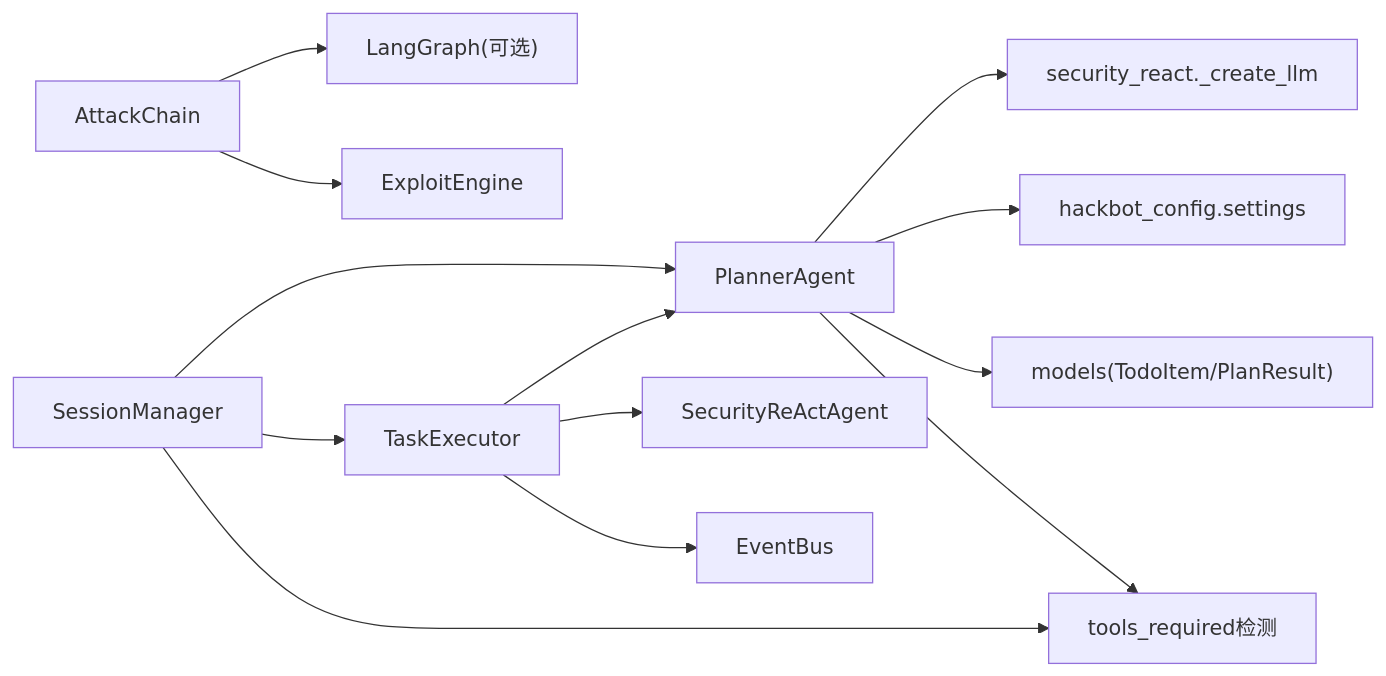
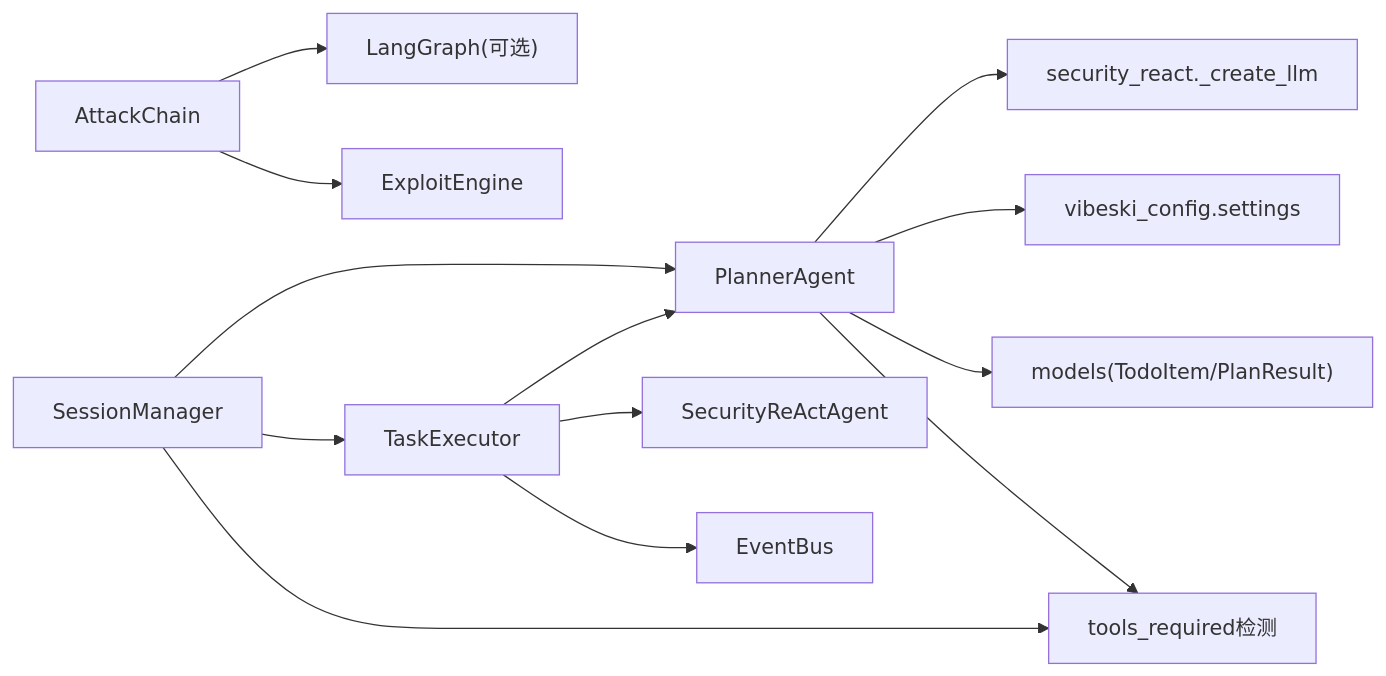
One commit to crabin/VIBESKI changed the sixth of 6 diagrams in .qoder/repowiki/zh/content/项目概述/核心功能特性/多智能体协作系统/规划智能体.md. Above: the diagram before and after it, drawn with Mermaid. The commit also changed other lines of this file and 170 other files, not shown here.

Commit message:
chore: rename all secbot/hackbot identifiers to vibeski

````diff
--- a/.qoder/repowiki/zh/content/项目概述/核心功能特性/多智能体协作系统/规划智能体.md
+++ b/.qoder/repowiki/zh/content/项目概述/核心功能特性/多智能体协作系统/规划智能体.md
@@ -299,15 +299,15 @@
 ```mermaid
 graph LR
 PA["PlannerAgent"] --> SR["security_react._create_llm"]
-PA --> CFG["hackbot_config.settings"]
+PA --> CFG["vibeski_config.settings"]
 PA --> MD["models(TodoItem/PlanResult)"]
 PA --> TR["tools_required检测"]
 TE["TaskExecutor"] --> PA
 TE --> SA["SecurityReActAgent"]
 TE --> EB["EventBus"]
 SM["SessionManager"] --> PA
 SM --> TE
 SM --> TR
 AC["AttackChain"] --> LG["LangGraph(可选)"]
 AC --> EE["ExploitEngine"]
 ```
````
